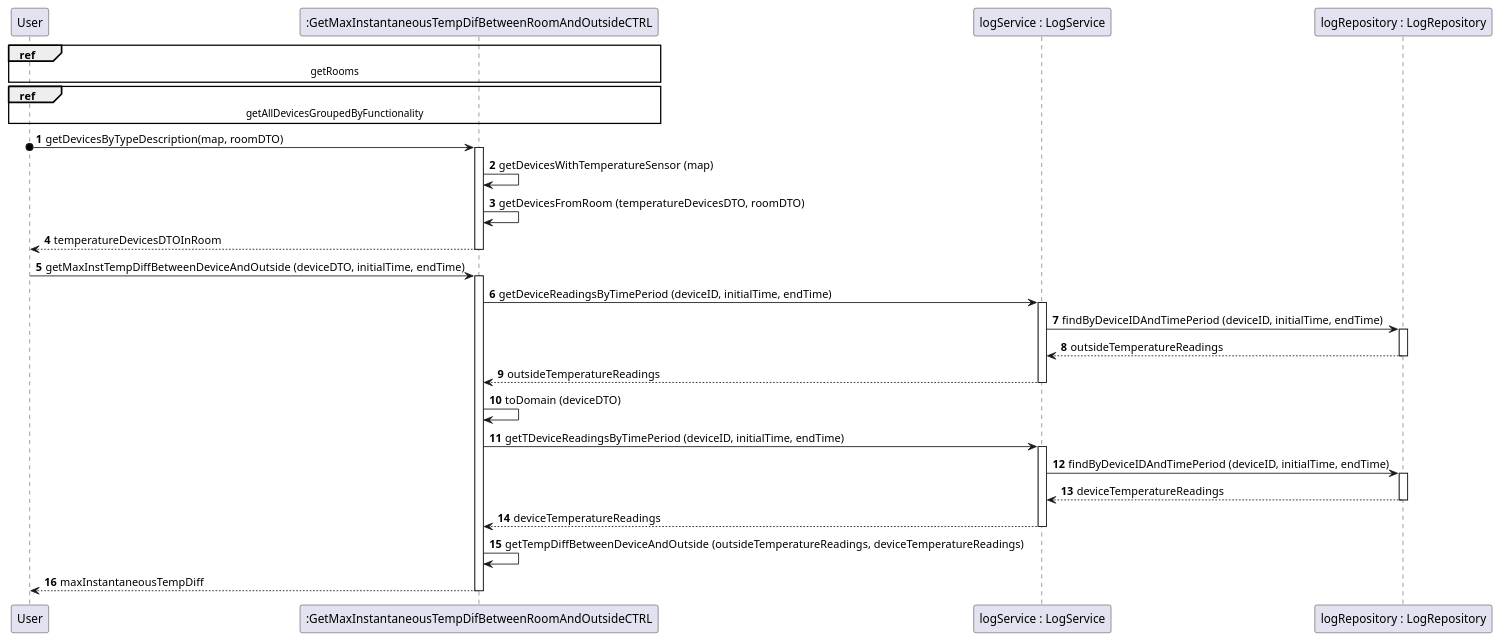
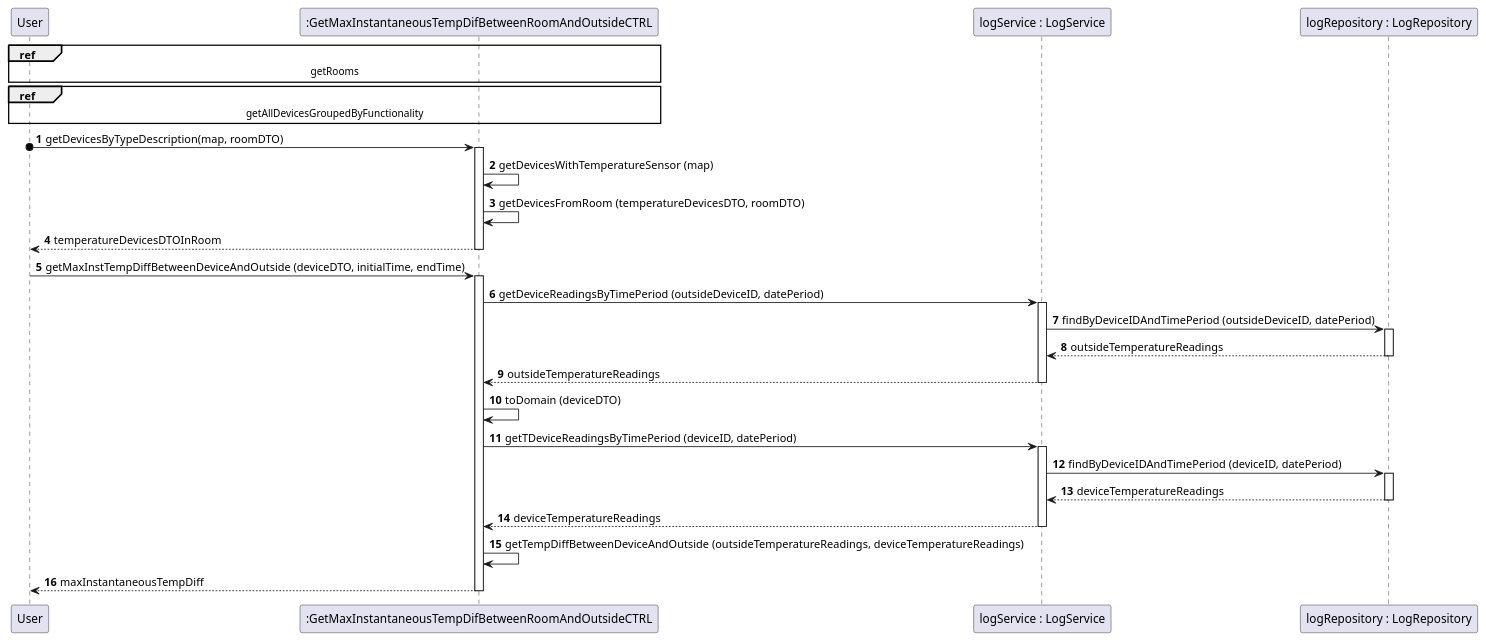
Before and after one commit to olivDiogo/SmartHome: the diagram in docs/useCases/uc12_toGetMaxInstTempDifBetweenDeviceAndOutside/artifacts/uc12_SD.puml, drawn with PlantUML. The commit also changed 18 other files, not shown here.

```diff
--- a/docs/useCases/uc12_toGetMaxInstTempDifBetweenDeviceAndOutside/artifacts/uc12_SD.puml
+++ b/docs/useCases/uc12_toGetMaxInstTempDifBetweenDeviceAndOutside/artifacts/uc12_SD.puml
@@ -1,73 +1,73 @@
 @startuml
 !pragma layout smetana
 
 participant User
 participant Controller as ":GetMaxInstantaneousTempDifBetweenRoomAndOutsideCTRL"
 
 participant "logService : LogService" as LogService
 participant "logRepository : LogRepository" as LogRepository
 
 autonumber
 
 ref over User, Controller: getRooms
 
 ref over User, Controller: getAllDevicesGroupedByFunctionality
 
 User o-> Controller: getDevicesByTypeDescription(map, roomDTO)
 
 activate Controller
 
 Controller -> Controller: getDevicesWithTemperatureSensor (map)
 
 Controller -> Controller: getDevicesFromRoom (temperatureDevicesDTO, roomDTO)
 
 Controller --> User: temperatureDevicesDTOInRoom
 
 deactivate Controller
 
 User -> Controller: getMaxInstTempDiffBetweenDeviceAndOutside (deviceDTO, initialTime, endTime)
 
 activate Controller
 
-Controller -> LogService: getDeviceReadingsByTimePeriod (deviceID, initialTime, endTime)
+Controller -> LogService: getDeviceReadingsByTimePeriod (outsideDeviceID, datePeriod)
 
 activate LogService
 
-LogService -> LogRepository: findByDeviceIDAndTimePeriod (deviceID, initialTime, endTime)
+LogService -> LogRepository: findByDeviceIDAndTimePeriod (outsideDeviceID, datePeriod)
 
 activate LogRepository
 
 LogRepository --> LogService: outsideTemperatureReadings
 
 deactivate LogRepository
 
 LogService --> Controller: outsideTemperatureReadings
 
 deactivate LogService
 
 Controller -> Controller: toDomain (deviceDTO)
 
-Controller -> LogService: getTDeviceReadingsByTimePeriod (deviceID, initialTime, endTime)
+Controller -> LogService: getTDeviceReadingsByTimePeriod (deviceID, datePeriod)
 
 activate LogService
 
-LogService -> LogRepository: findByDeviceIDAndTimePeriod (deviceID, initialTime, endTime)
+LogService -> LogRepository: findByDeviceIDAndTimePeriod (deviceID, datePeriod)
 
 activate LogRepository
 
 LogRepository --> LogService: deviceTemperatureReadings
 
 deactivate LogRepository
 
 LogService --> Controller: deviceTemperatureReadings
 
 deactivate LogService
 
 Controller -> Controller: getTempDiffBetweenDeviceAndOutside (outsideTemperatureReadings, deviceTemperatureReadings)
 
 Controller --> User: maxInstantaneousTempDiff
 
 deactivate Controller
 
 
 @enduml
```
